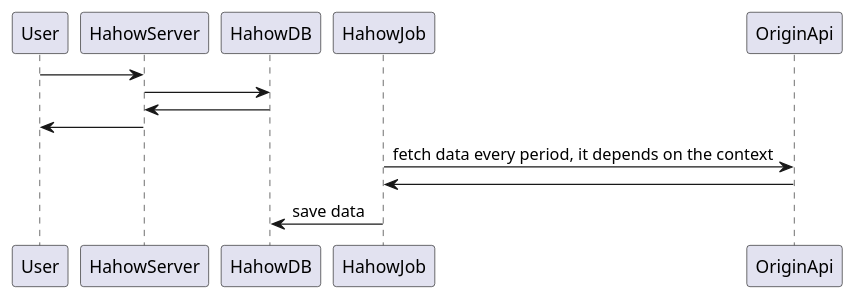
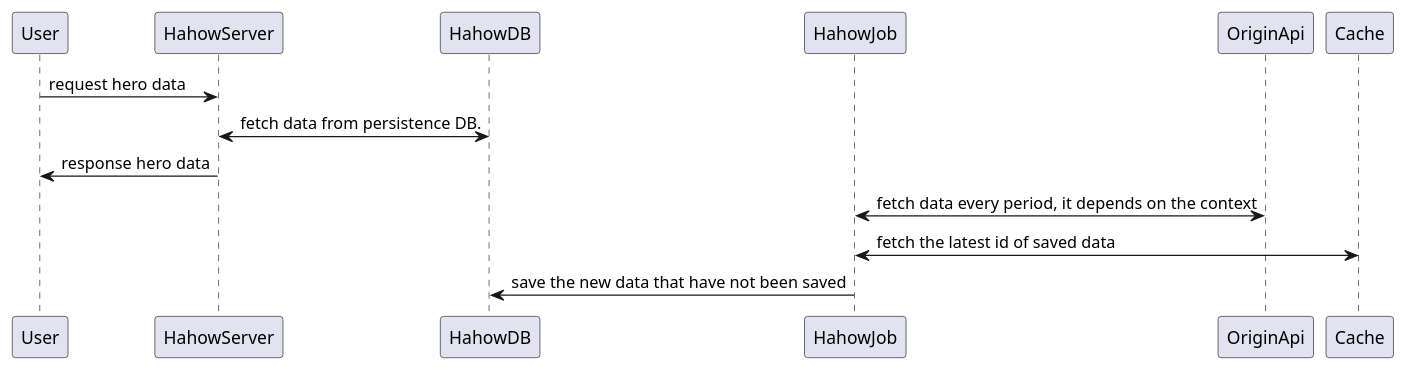
Before and after one commit to chuang8511/hero_api: the diagram in visualization_doc/system_design.puml, drawn with PlantUML. The commit also changed 4 other files, not shown here.

```diff
--- a/visualization_doc/system_design.puml
+++ b/visualization_doc/system_design.puml
@@ -1,14 +1,13 @@
 @startuml
 
-User -> HahowServer 
-HahowServer -> HahowDB
-HahowServer <- HahowDB
-User <- HahowServer
+User -> HahowServer: request hero data
+HahowServer <-> HahowDB: fetch data from persistence DB.
+User <- HahowServer: response hero data
 
-HahowJob -> OriginApi: fetch data every period, it depends on the context
-HahowJob <- OriginApi
+HahowJob <-> OriginApi: fetch data every period, it depends on the context
 
-HahowJob -> HahowDB: save data
+HahowJob <-> Cache: fetch the latest id of saved data
+HahowJob -> HahowDB: save the new data that have not been saved
 
 
 @enduml
```
